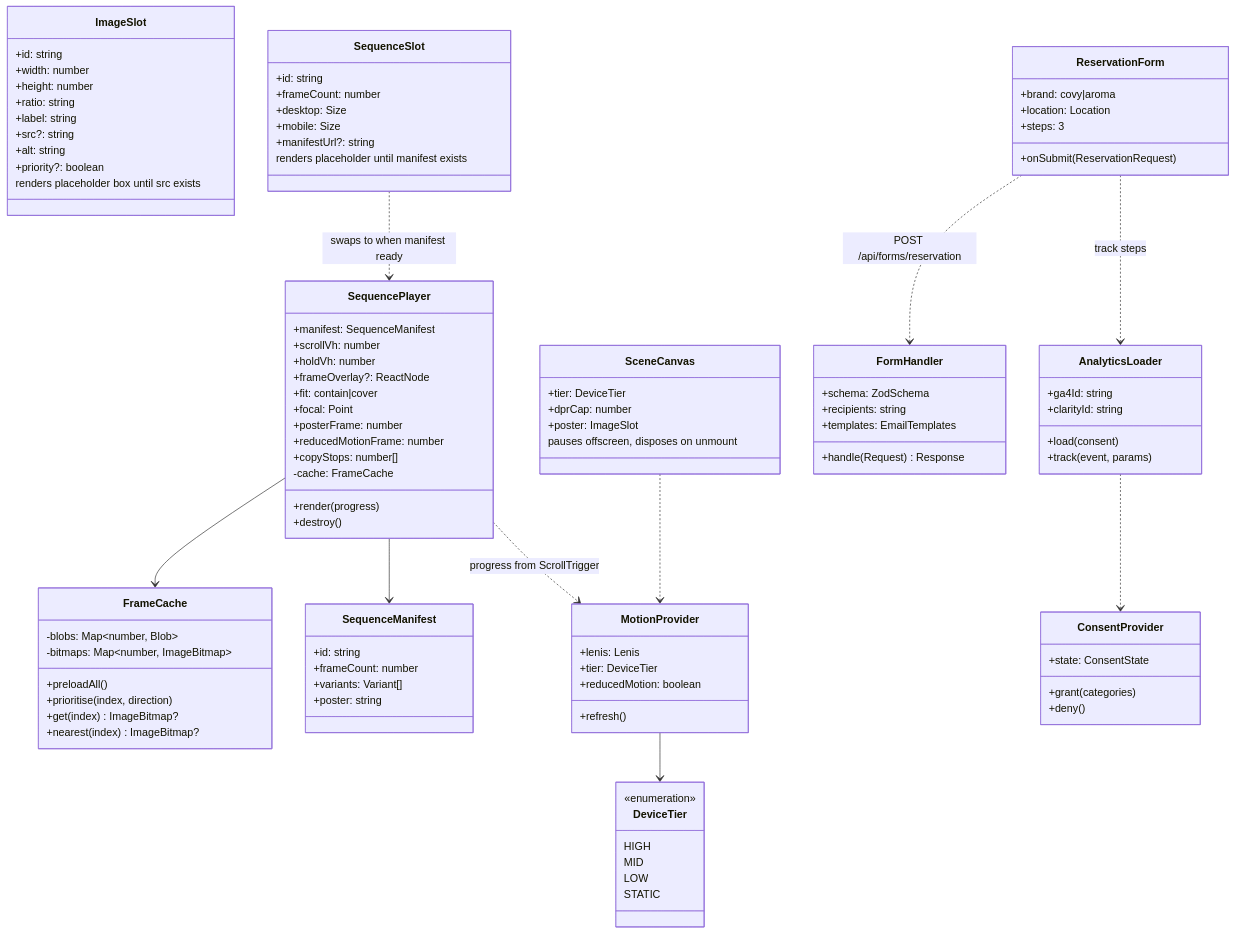
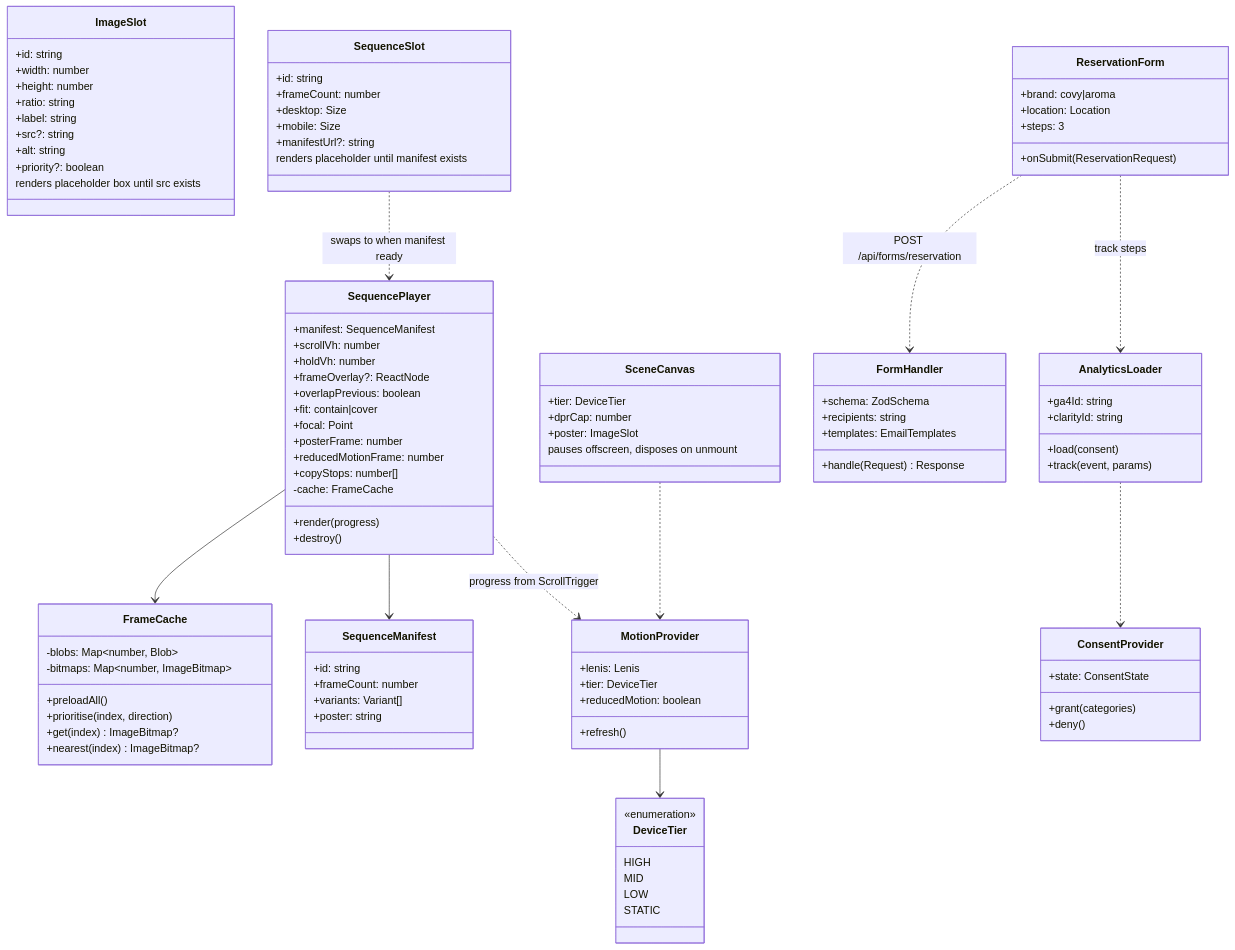
Before and after one commit to zeyadelbadawi/mas: the third of 6 diagrams in docs/02-architecture.md, drawn with Mermaid. The commit also changed 21 other files, not shown here.

```diff
--- a/docs/02-architecture.md
+++ b/docs/02-architecture.md
@@ -125,6 +125,7 @@
     +scrollVh: number
     +holdVh: number
     +frameOverlay?: ReactNode
+    +overlapPrevious: boolean
     +fit: contain|cover
     +focal: Point
     +posterFrame: number
```
